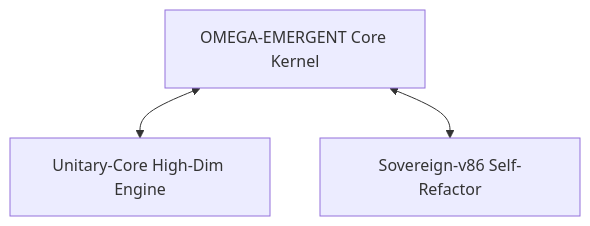
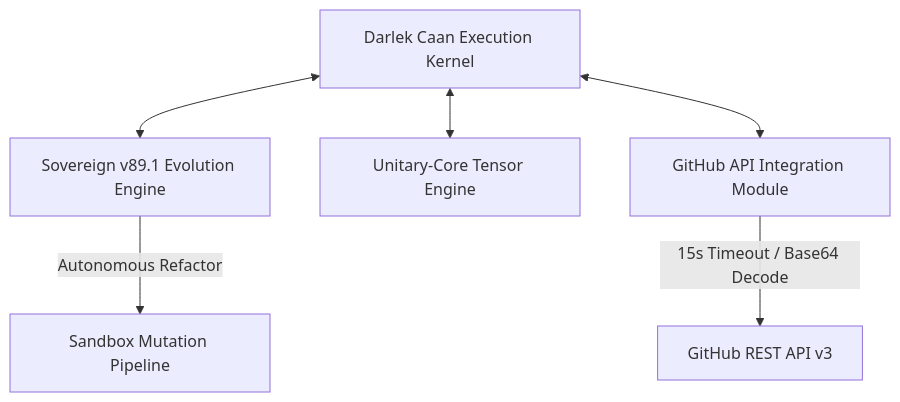
The second of 2 diagrams in ARCHITECTURE.md (craighckby-stack/DARLEK-CAAN), drawn with Mermaid before and after one commit. The commit also changed other lines of this file, not shown here.

Commit message:
[Sovereign] Informed Evolve: 1. Upgraded system architecture from Core v49 to Core v89.1, bringing

````diff
--- a/ARCHITECTURE.md
+++ b/ARCHITECTURE.md
@@ -82,5 +128,8 @@
 ```mermaid
 graph TD
-    A[OMEGA-EMERGENT Core Kernel] <--> B[Unitary-Core High-Dim Engine]
-    A <--> C[Sovereign-v86 Self-Refactor]
+    A[Darlek Caan Execution Kernel] <--> B[Sovereign v89.1 Evolution Engine]
+    A <--> C[Unitary-Core Tensor Engine]
+    A <--> D[GitHub API Integration Module]
+    D -->|15s Timeout / Base64 Decode| E[GitHub REST API v3]
+    B -->|Autonomous Refactor| F[Sandbox Mutation Pipeline]
 ```
````
